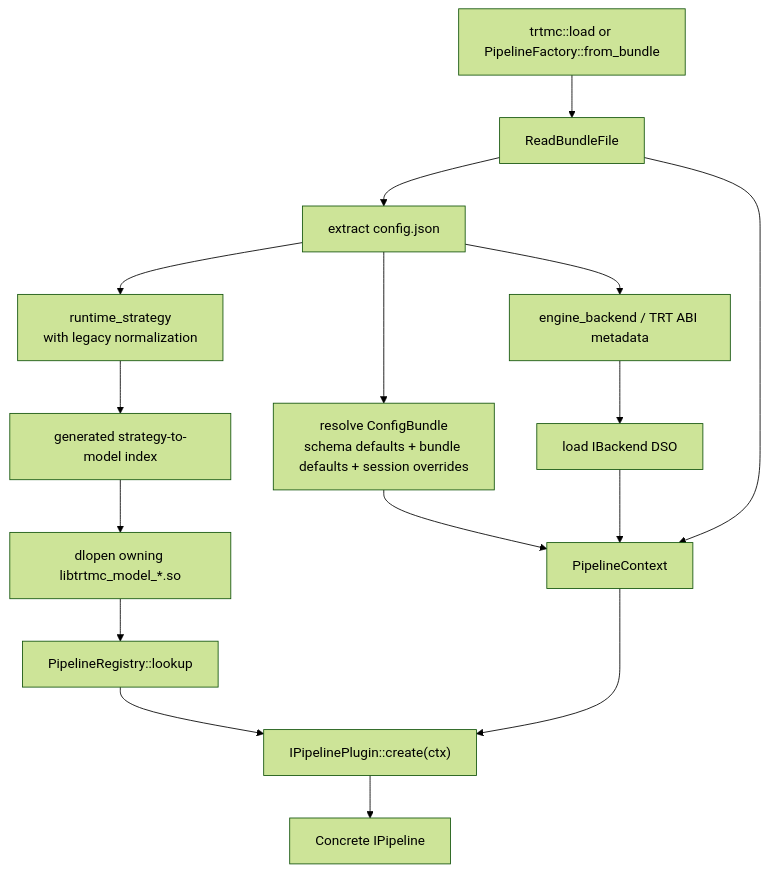
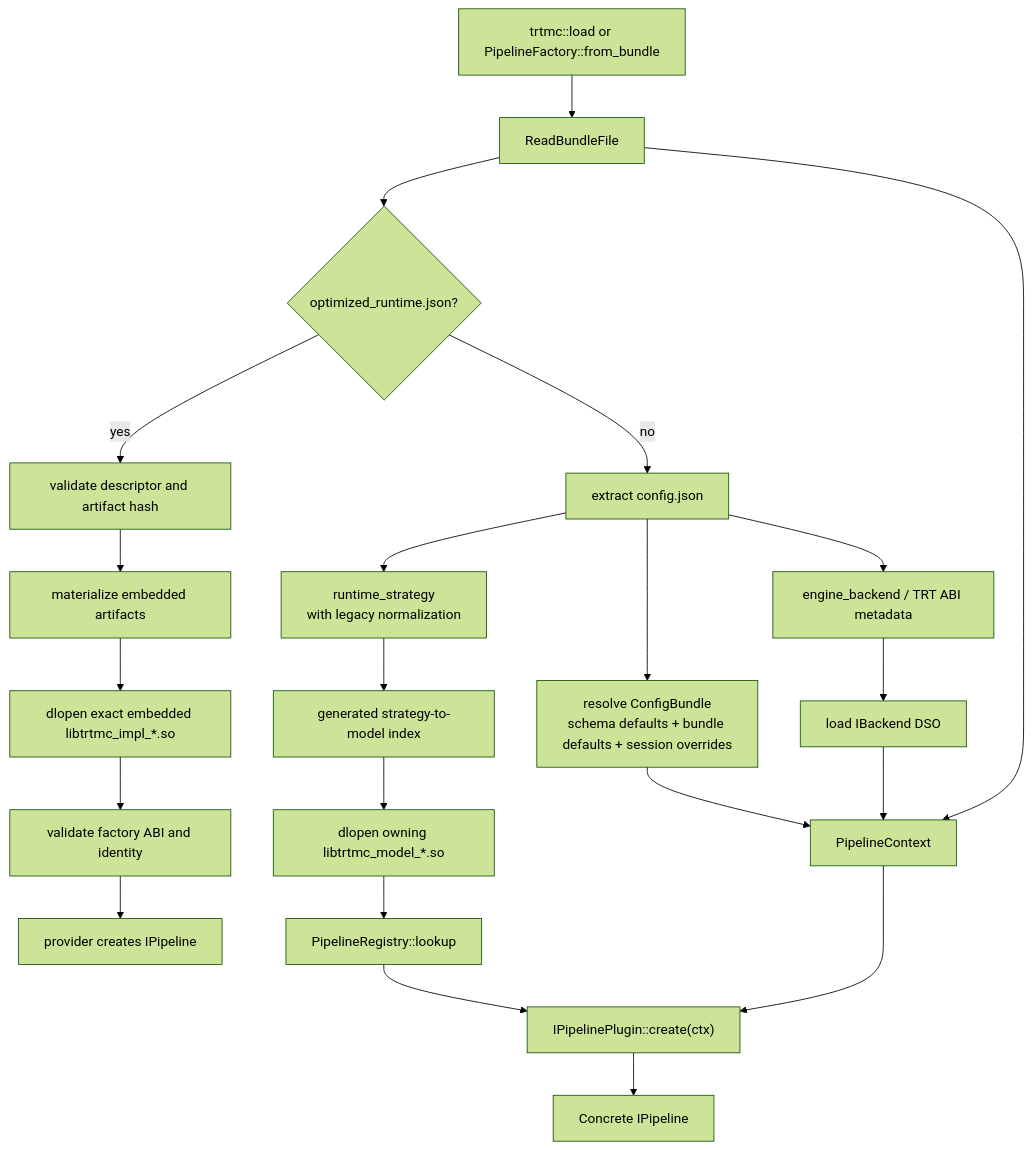
Before and after one commit to NVIDIA/TensorRT-Model-Connect: the fifth of 6 diagrams in website/docs/architecture/overview.md, drawn with Mermaid (forest theme). The commit also changed other lines of this file and 76 other files, not shown here.

````diff
--- a/website/docs/architecture/overview.md
+++ b/website/docs/architecture/overview.md
@@ -184,18 +244,24 @@
 ```mermaid
 flowchart TD
   Load["trtmc::load or PipelineFactory::from_bundle"] --> Read["ReadBundleFile"]
-  Read --> Config["extract config.json"]
+  Read --> Kind{"optimized_runtime.json?"}
+  Kind -->|yes| Descriptor["validate descriptor and artifact hash"]
+  Descriptor --> Materialize["materialize embedded artifacts"]
+  Materialize --> ProviderDSO["dlopen exact embedded libtrtmc_impl_*.so"]
+  ProviderDSO --> ProviderFactory["validate factory ABI and identity"]
+  ProviderFactory --> ProviderPipeline["provider creates IPipeline"]
+  Kind -->|no| Config["extract config.json"]
   Config --> Strategy["runtime_strategy<br/>with legacy normalization"]
   Strategy --> Owner["generated strategy-to-model index"]
   Owner --> ModelDSO["dlopen owning libtrtmc_model_*.so"]
   ModelDSO --> Lookup["PipelineRegistry::lookup"]
   Config --> RuntimeConfig["resolve ConfigBundle<br/>schema defaults + bundle defaults + session overrides"]
   Config --> BackendName["engine_backend / TRT ABI metadata"]
   BackendName --> Backend["load IBackend DSO"]
   Lookup --> Plugin["IPipelinePlugin::create(ctx)"]
   RuntimeConfig --> Context["PipelineContext"]
   Backend --> Context
   Read --> Context
   Context --> Plugin
   Plugin --> Pipeline["Concrete IPipeline"]
 ```
````
